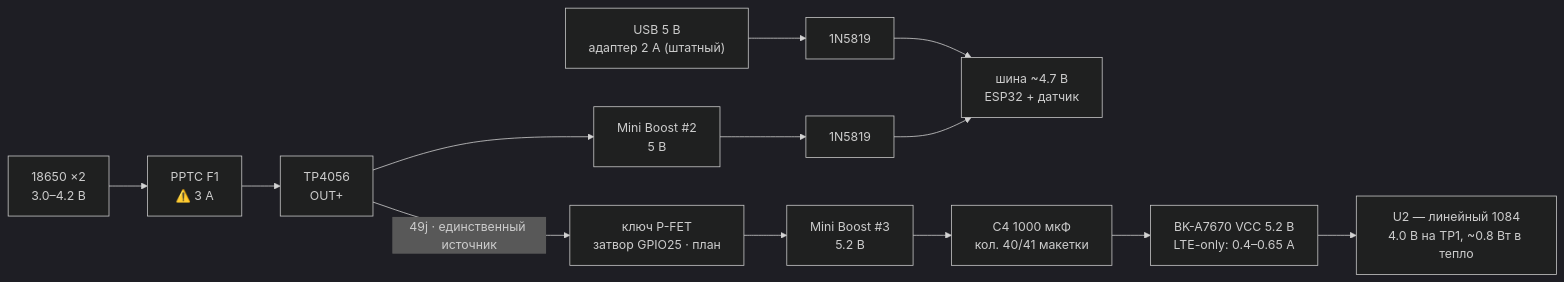
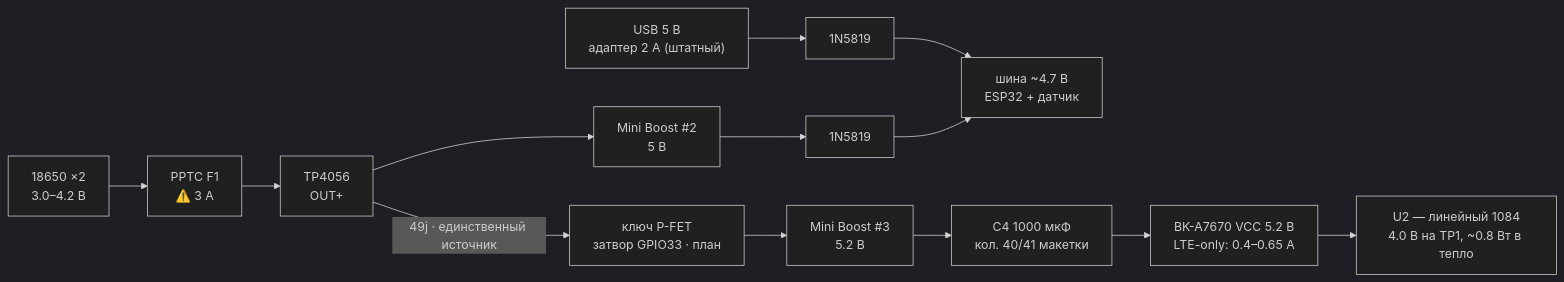
Before and after one commit to temafey/ArduinoWindStation: the first of 2 diagrams in tasks/10-a7670e-4g-gps.md, drawn with Mermaid (dark theme). The commit also changed other lines of this file and 8 other files, not shown here.

First line of the commit message:
UART модема — 26/25 по факту сборки; схема пошла за медью, не наоборот

````diff
--- a/tasks/10-a7670e-4g-gps.md
+++ b/tasks/10-a7670e-4g-gps.md
@@ -573,11 +573,11 @@
 ```mermaid
 flowchart LR
   USB["USB 5 В<br/>адаптер 2 А (штатный)"] --> D1["1N5819"] --> RAIL["шина ~4.7 В<br/>ESP32 + датчик"]
   BAT["18650 ×2<br/>3.0–4.2 В"] --> F1["PPTC F1<br/>⚠️ 3 А"]
   F1 --> TP["TP4056<br/>OUT+"]
   TP --> B2["Mini Boost #2<br/>5 В"] --> D2["1N5819"] --> RAIL
-  TP -->|"49j · единственный источник"| SW["ключ P-FET<br/>затвор GPIO25 · план"]
+  TP -->|"49j · единственный источник"| SW["ключ P-FET<br/>затвор GPIO33 · план"]
   SW --> B3["Mini Boost #3<br/>5.2 В"]
   B3 --> CAP["C4 1000 мкФ<br/>кол. 40/41 макетки"] --> MODEM["BK-A7670 VCC 5.2 В<br/>LTE-only: 0.4–0.65 А"]
   MODEM --> U2["U2 — линейный 1084<br/>4.0 В на TP1, ~0.8 Вт в тепло"]
 ```
````
